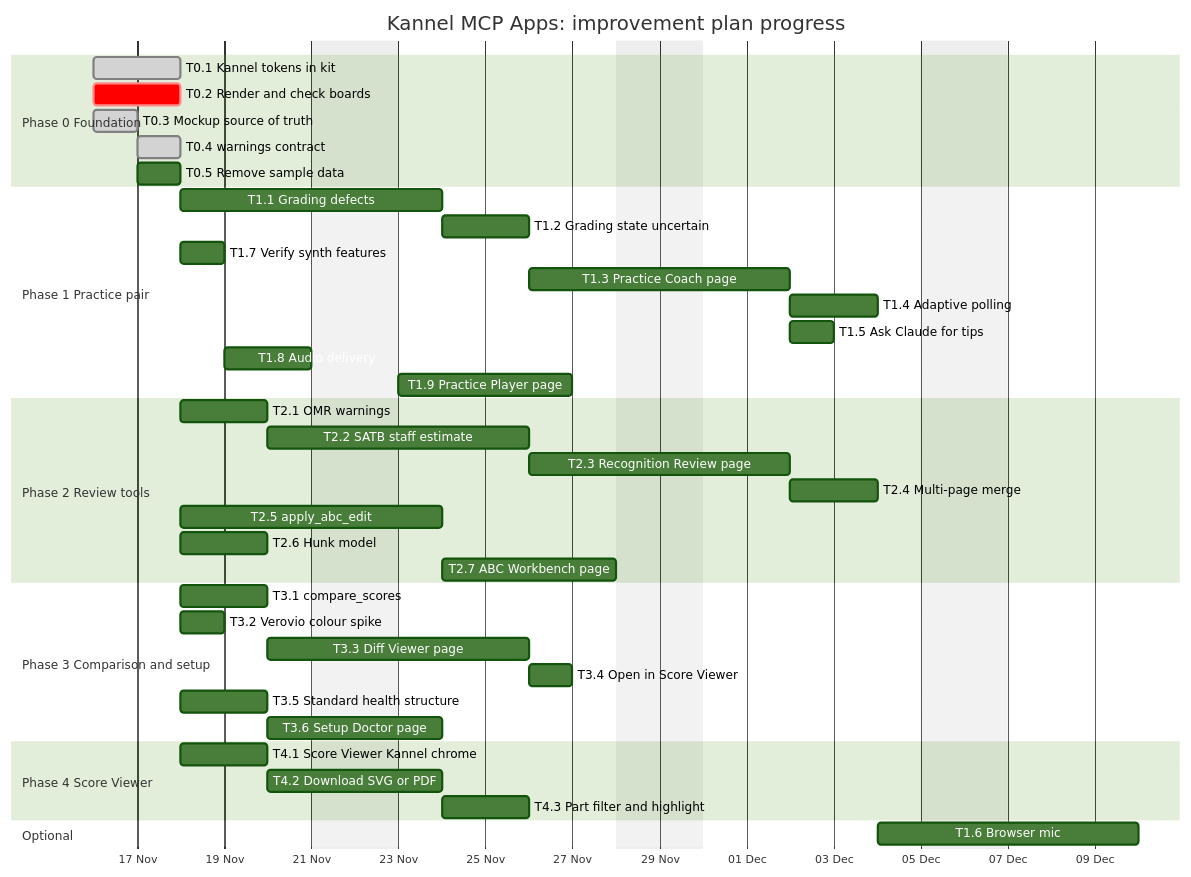
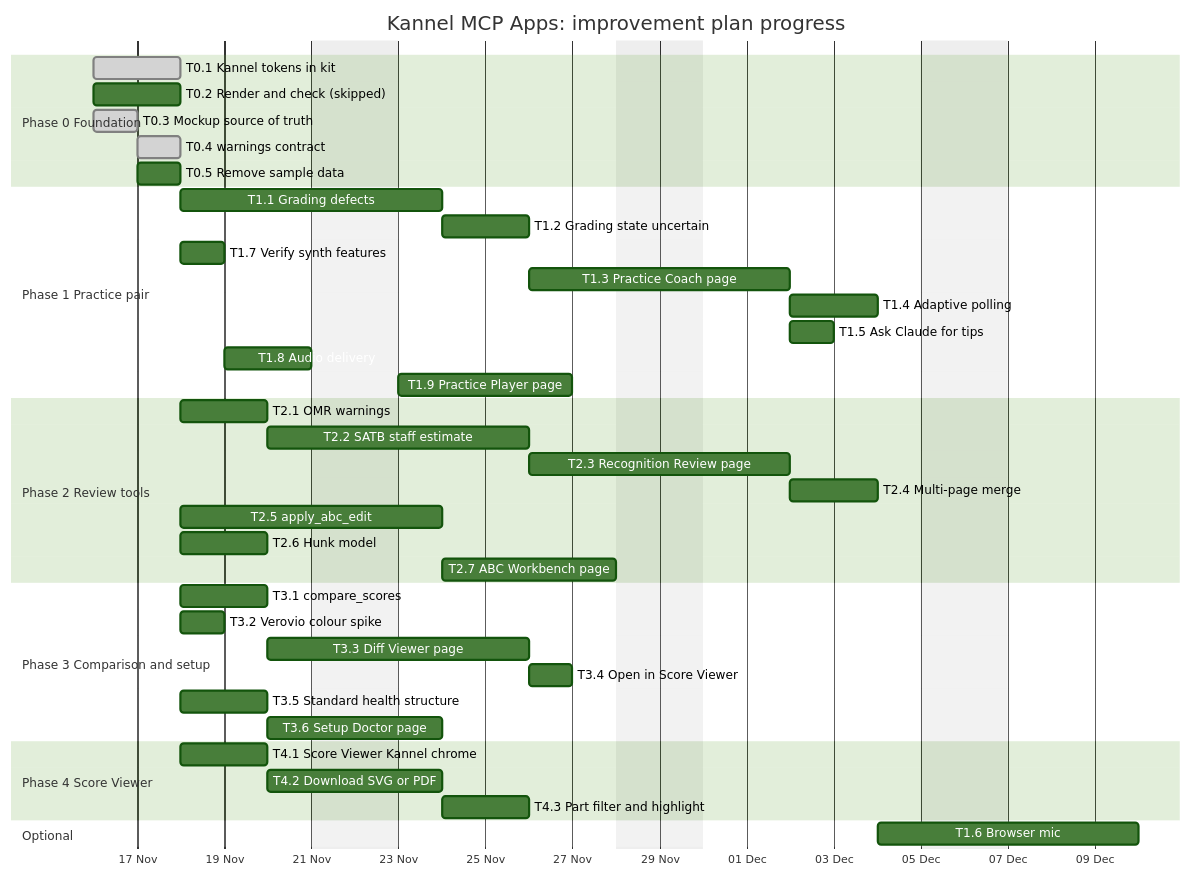
The diagram in docs/research/mcp-apps-improvement-plan.md (raulkivi/sheet-music-mcp), drawn with Mermaid (forest theme) before and after one commit.

Commit message:
docs(research): label T0.2 as skipped in Gantt

````diff
--- a/docs/research/mcp-apps-improvement-plan.md
+++ b/docs/research/mcp-apps-improvement-plan.md
@@ -181,50 +181,50 @@
 ```mermaid
 gantt
     title Kannel MCP Apps: improvement plan progress
     dateFormat YYYY-MM-DD
     axisFormat %d %b
     excludes weekends
     todayMarker off
 
     section Phase 0 Foundation
     T0.1 Kannel tokens in kit           :done, t01, 2026-11-16, 2d
-    T0.2 Render and check boards        :crit, t02, 2026-11-16, 2d
+    T0.2 Render and check (skipped)     :t02, 2026-11-16, 2d
     T0.3 Mockup source of truth         :done, t03, 2026-11-16, 1d
     T0.4 warnings contract              :done, t04, after t03, 1d
     T0.5 Remove sample data             :t05, after t03, 1d
 
     section Phase 1 Practice pair
     T1.1 Grading defects                :t11, after t04, 4d
     T1.2 Grading state uncertain        :t12, after t11, 2d
     T1.7 Verify synth features          :t17, after t05, 1d
     T1.3 Practice Coach page            :t13, after t12, 4d
     T1.4 Adaptive polling               :t14, after t13, 2d
     T1.5 Ask Claude for tips            :t15, after t13, 1d
     T1.8 Audio delivery                 :t18, after t17, 2d
     T1.9 Practice Player page           :t19, after t18 t01, 4d
 
     section Phase 2 Review tools
     T2.1 OMR warnings                   :t21, after t04, 2d
     T2.2 SATB staff estimate            :t22, after t21, 4d
     T2.3 Recognition Review page        :t23, after t22, 4d
     T2.4 Multi-page merge               :t24, after t23, 2d
     T2.5 apply_abc_edit                 :t25, after t04, 4d
     T2.6 Hunk model                     :t26, after t02, 2d
     T2.7 ABC Workbench page             :t27, after t25 t26, 4d
 
     section Phase 3 Comparison and setup
     T3.1 compare_scores                 :t31, after t04, 2d
     T3.2 Verovio colour spike           :t32, after t04, 1d
     T3.3 Diff Viewer page               :t33, after t31 t32, 4d
     T3.4 Open in Score Viewer           :t34, after t33, 1d
     T3.5 Standard health structure      :t35, after t04, 2d
     T3.6 Setup Doctor page              :t36, after t35, 2d
 
     section Phase 4 Score Viewer
     T4.1 Score Viewer Kannel chrome     :t41, after t01, 2d
     T4.2 Download SVG or PDF            :t42, after t41, 2d
     T4.3 Part filter and highlight      :t43, after t42, 2d
 
     section Optional
     T1.6 Browser mic                    :t16, after t14, 4d
 ```
````
